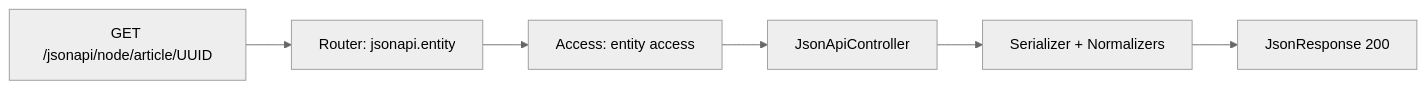
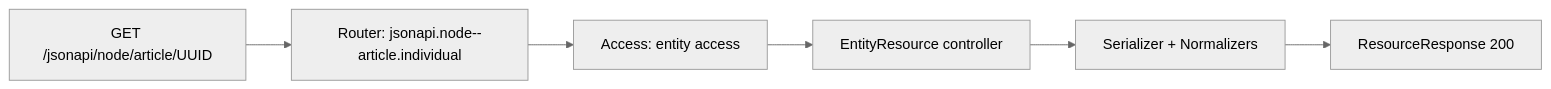
Before and after one commit to amitmaity/drupal-docs: the fourth of 4 diagrams in docs/internals/request-lifecycle.md, drawn with Mermaid (neutral theme). The commit also changed other lines of this file and 83 other files, not shown here.

````diff
--- a/docs/internals/request-lifecycle.md
+++ b/docs/internals/request-lifecycle.md
@@ -354,8 +377,8 @@
 ```mermaid
 flowchart LR
-    A[GET /jsonapi/node/article/UUID] --> B[Router: jsonapi.entity]
+    A[GET /jsonapi/node/article/UUID] --> B["Router: jsonapi.node--article.individual"]
     B --> C[Access: entity access]
-    C --> D[JsonApiController]
+    C --> D[EntityResource controller]
     D --> E[Serializer + Normalizers]
-    E --> F[JsonResponse 200]
+    E --> F[ResourceResponse 200]
 ```
````
